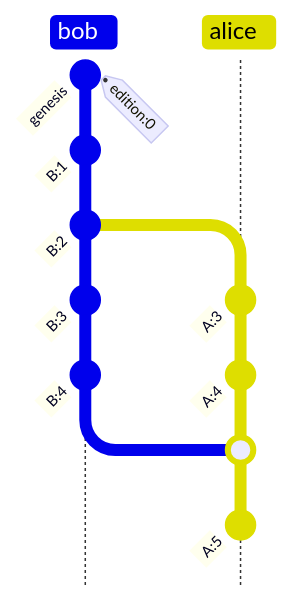
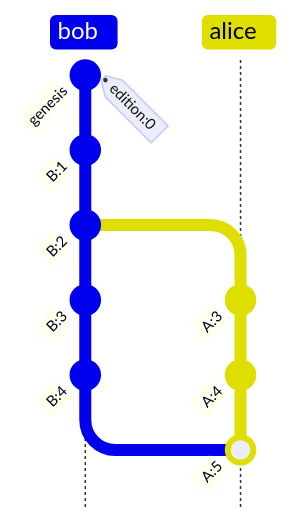
Before and after one commit to dialog-db/dialog-db: the fifth of 5 diagrams in notes/version-control.md, drawn with Mermaid. The commit also changed other lines of this file, not shown here.

````diff
--- a/notes/version-control.md
+++ b/notes/version-control.md
@@ -277,17 +297,16 @@
 ```mermaid
 %%{init: { 'gitGraph': {'showBranches': true, 'showCommitLabel':true,'mainBranchName': 'bob', 'parallelCommits': true}} }%%
 gitGraph TB:
    commit id: "genesis" tag: "edition:0"
    commit id: "B:1"
    commit id: "B:2"
    branch alice
    checkout alice
    commit id: "A:3"
    commit id: "A:4"
    checkout bob
    commit id: "B:3"
    commit id: "B:4"
    checkout alice
-   merge bob
-   commit id: "A:5"
+   merge bob id: "A:5"
 ```
````
